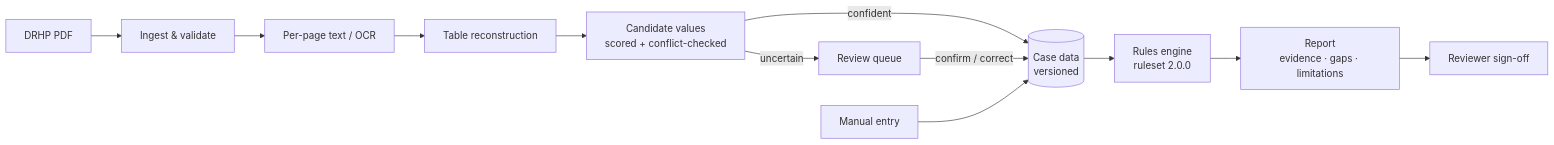
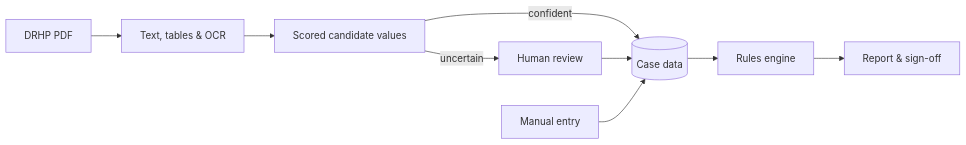
The diagram in README.md (VenkateshPanda0/ipo-due-diligence-engine), drawn with Mermaid before and after one commit. The commit also changed other lines of this file, not shown here.

````diff
--- a/README.md
+++ b/README.md
@@ -61,14 +45,10 @@
 ```mermaid
 flowchart LR
-    A[DRHP PDF] --> B[Ingest & validate]
-    B --> C[Per-page text / OCR]
-    C --> D[Table reconstruction]
-    D --> E[Candidate values<br/>scored + conflict-checked]
-    E -->|confident| F[(Case data<br/>versioned)]
-    E -->|uncertain| R[Review queue]
-    R -->|confirm / correct| F
-    M[Manual entry] --> F
-    F --> G[Rules engine<br/>ruleset 2.0.0]
-    G --> H[Report<br/>evidence · gaps · limitations]
-    H --> S[Reviewer sign-off]
+    A[DRHP PDF] --> B[Text, tables & OCR]
+    B --> C[Scored candidate values]
+    C -->|confident| D[(Case data)]
+    C -->|uncertain| R[Human review]
+    R --> D
+    M[Manual entry] --> D
+    D --> E[Rules engine] --> F[Report & sign-off]
 ```
````
